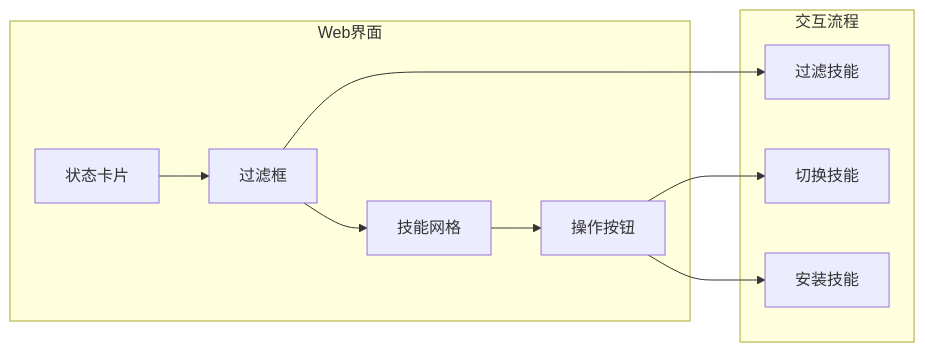
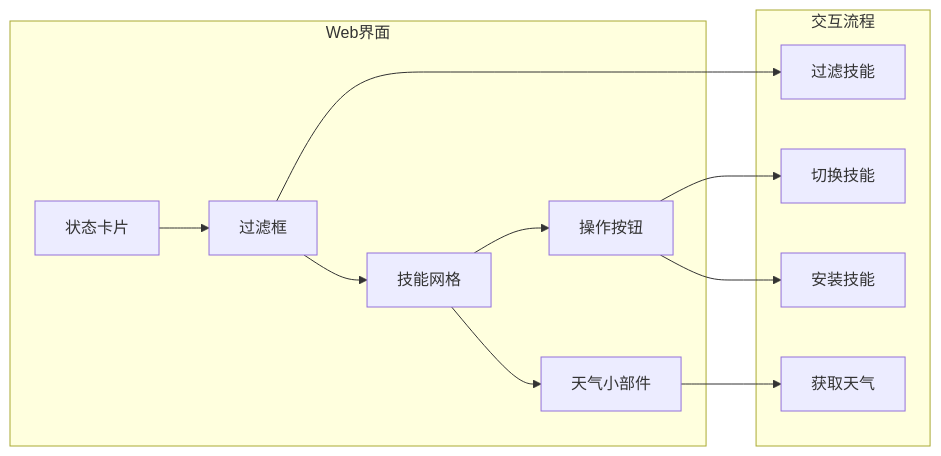
Before and after one commit to verse-ai-org/openclaw: the fifth of 9 diagrams in .qoder/repowiki/zh/content/代理管理系统/技能配置系统增强.md, drawn with Mermaid. The commit also changed other lines of this file and 39 other files, not shown here.

````diff
--- a/.qoder/repowiki/zh/content/代理管理系统/技能配置系统增强.md
+++ b/.qoder/repowiki/zh/content/代理管理系统/技能配置系统增强.md
@@ -250,17 +289,20 @@
 ```mermaid
 graph LR
 subgraph "Web界面"
 StatusCard[状态卡片]
 FilterBox[过滤框]
 SkillGrid[技能网格]
 ActionButtons[操作按钮]
+WeatherWidget[天气小部件]
 end
 StatusCard --> FilterBox
 FilterBox --> SkillGrid
 SkillGrid --> ActionButtons
+SkillGrid --> WeatherWidget
 subgraph "交互流程"
 FilterBox --> FilterSkills[过滤技能]
 ActionButtons --> ToggleSkill[切换技能]
 ActionButtons --> InstallSkill[安装技能]
+WeatherWidget --> GetWeather[获取天气]
 end
 ```
````
